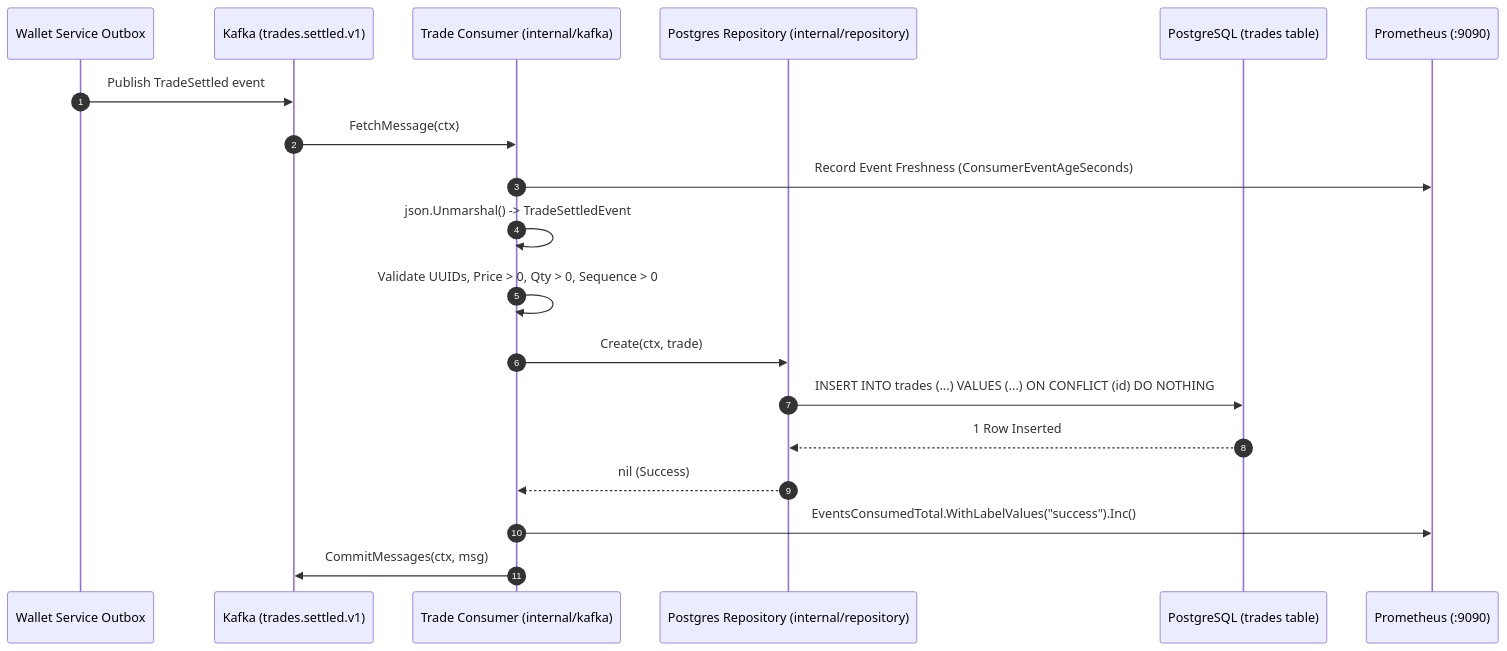
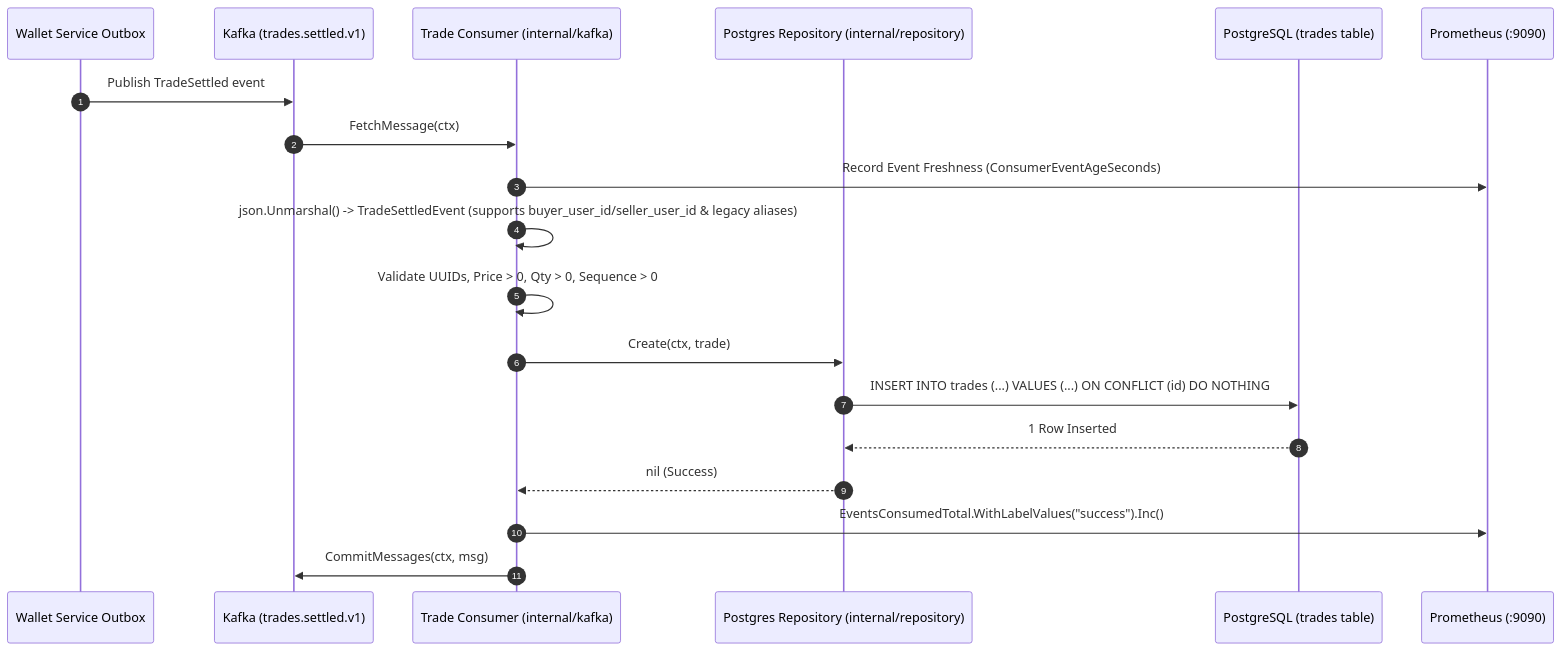
Before and after one commit to akhilbabu26/tradedrift: the first of 7 diagrams in services/trade/ENTIRE_FLOW.md, drawn with Mermaid. The commit also changed 14 other files, not shown here.

````diff
--- a/services/trade/ENTIRE_FLOW.md
+++ b/services/trade/ENTIRE_FLOW.md
@@ -77,22 +77,22 @@
 ```mermaid
 sequenceDiagram
     autonumber
     participant Wallet as Wallet Service Outbox
     participant Kafka as Kafka (trades.settled.v1)
     participant Consumer as Trade Consumer (internal/kafka)
     participant Repo as Postgres Repository (internal/repository)
     participant DB as PostgreSQL (trades table)
     participant Metrics as Prometheus (:9090)
 
     Wallet->>Kafka: Publish TradeSettled event
     Kafka->>Consumer: FetchMessage(ctx)
     Consumer->>Metrics: Record Event Freshness (ConsumerEventAgeSeconds)
-    Consumer->>Consumer: json.Unmarshal() -> TradeSettledEvent
+    Consumer->>Consumer: json.Unmarshal() -> TradeSettledEvent (supports buyer_user_id/seller_user_id & legacy aliases)
     Consumer->>Consumer: Validate UUIDs, Price > 0, Qty > 0, Sequence > 0
     Consumer->>Repo: Create(ctx, trade)
     Repo->>DB: INSERT INTO trades (...) VALUES (...) ON CONFLICT (id) DO NOTHING
     DB-->>Repo: 1 Row Inserted
     Repo-->>Consumer: nil (Success)
     Consumer->>Metrics: EventsConsumedTotal.WithLabelValues("success").Inc()
     Consumer->>Kafka: CommitMessages(ctx, msg)
 ```
````
